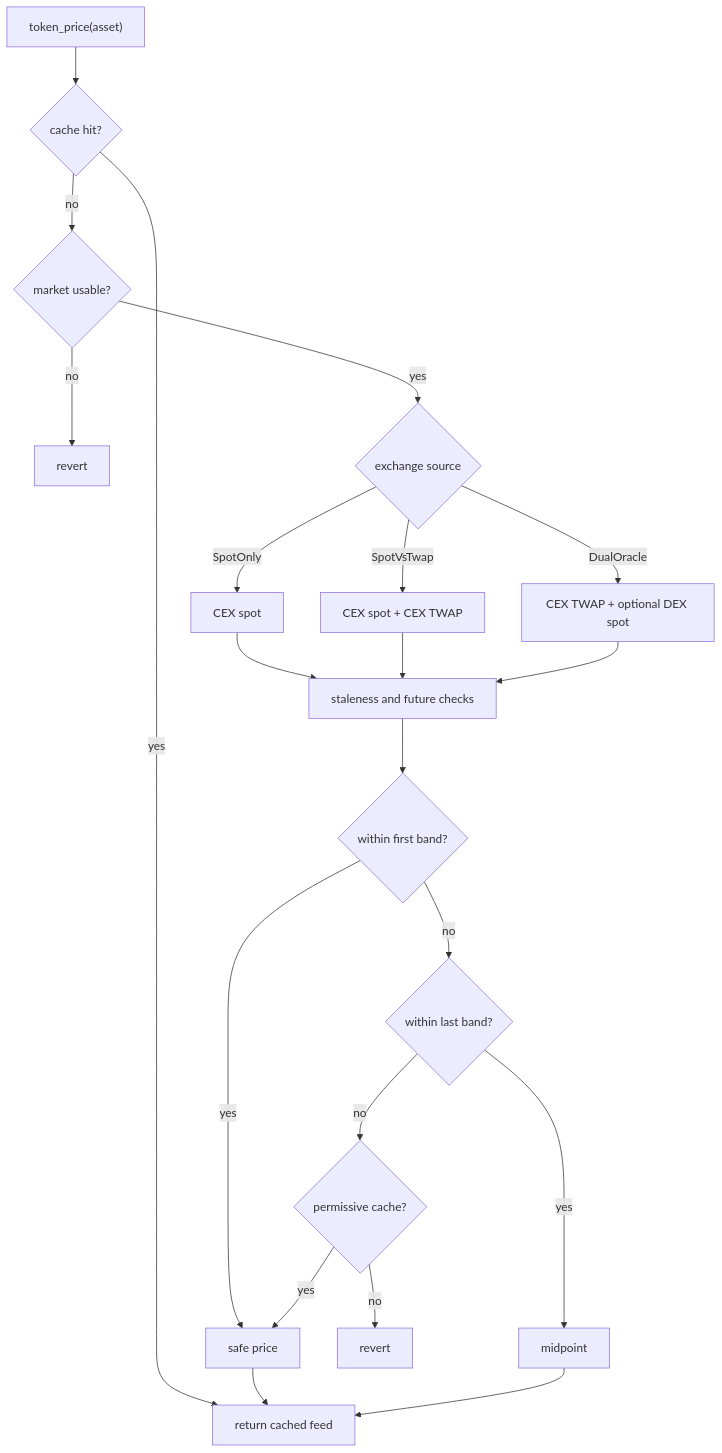
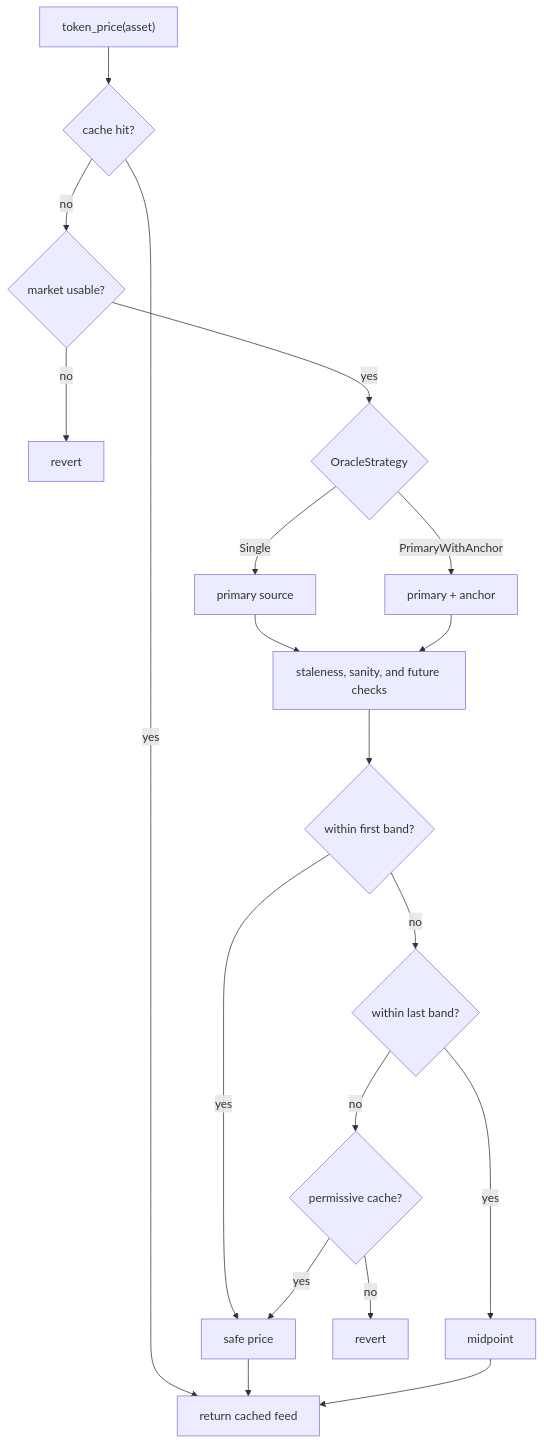
One commit to XOXNO/rs-lending-xlm changed the third of 3 diagrams in architecture/INVARIANTS.md. Above: the diagram before and after it, drawn with Mermaid. The commit also changed other lines of this file and 14 other files, not shown here.

First line of the commit message:
docs: resync architecture docs with code and polish for clarity

````diff
--- a/architecture/INVARIANTS.md
+++ b/architecture/INVARIANTS.md
@@ -376,23 +384,21 @@
 ```mermaid
 flowchart TD
     A["token_price(asset)"] --> B{"cache hit?"}
     B -->|yes| Z["return cached feed"]
     B -->|no| C{"market usable?"}
     C -->|no| R1["revert"]
-    C -->|yes| D{"exchange source"}
-    D -->|SpotOnly| S["CEX spot"]
-    D -->|SpotVsTwap| T["CEX spot + CEX TWAP"]
-    D -->|DualOracle| U["CEX TWAP + optional DEX spot"]
-    S --> E["staleness and future checks"]
+    C -->|yes| D{"OracleStrategy"}
+    D -->|Single| S["primary source"]
+    D -->|PrimaryWithAnchor| T["primary + anchor"]
+    S --> E["staleness, sanity, and future checks"]
     T --> E
-    U --> E
     E --> F{"within first band?"}
     F -->|yes| G["safe price"]
     F -->|no| H{"within last band?"}
     H -->|yes| I["midpoint"]
     H -->|no| J{"permissive cache?"}
     J -->|yes| G
     J -->|no| R2["revert"]
     G --> Z
     I --> Z
 ```
````
